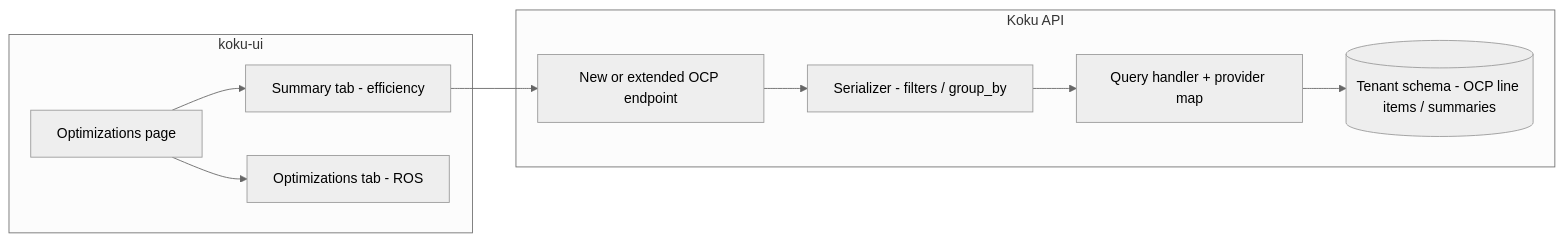
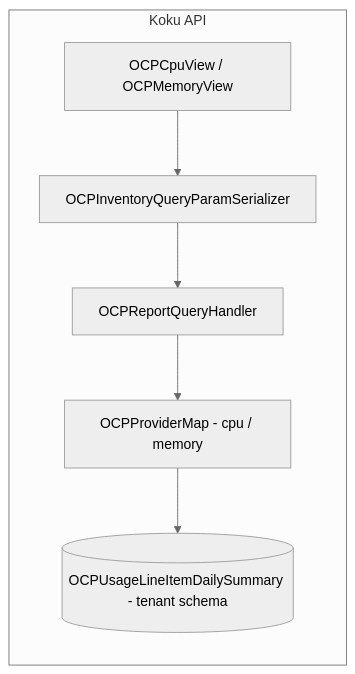
One commit to project-koku/koku changed the diagram in docs/architecture/efficiency-scores/README.md. Above: the diagram before and after it, drawn with Mermaid (neutral theme). The commit also changed other lines of this file and 2 other files, not shown here.

Commit message:
Update efficiency scores docs to reflect implmentation

````diff
--- a/docs/architecture/efficiency-scores/README.md
+++ b/docs/architecture/efficiency-scores/README.md
@@ -64,18 +51,11 @@
 ```mermaid
 flowchart LR
-  subgraph ui [koku-ui]
-    OptPage[Optimizations page]
-    SumTab[Summary tab - efficiency]
-    RosTab[Optimizations tab - ROS]
+  subgraph api [Koku API]
+    Views[OCPCpuView / OCPMemoryView]
+    Ser[OCPInventoryQueryParamSerializer]
+    QH[OCPReportQueryHandler]
+    PM[OCPProviderMap - cpu / memory]
+    ORM[(OCPUsageLineItemDailySummary - tenant schema)]
   end
-  subgraph koku [Koku API]
-    NewEP[New or extended OCP endpoint]
-    Ser[Serializer - filters / group_by]
-    QH[Query handler + provider map]
-    ORM[(Tenant schema - OCP line items / summaries)]
-  end
-  OptPage --> SumTab
-  OptPage --> RosTab
-  SumTab --> NewEP
-  NewEP --> Ser --> QH --> ORM
+  Views --> Ser --> QH --> PM --> ORM
 ```
````
